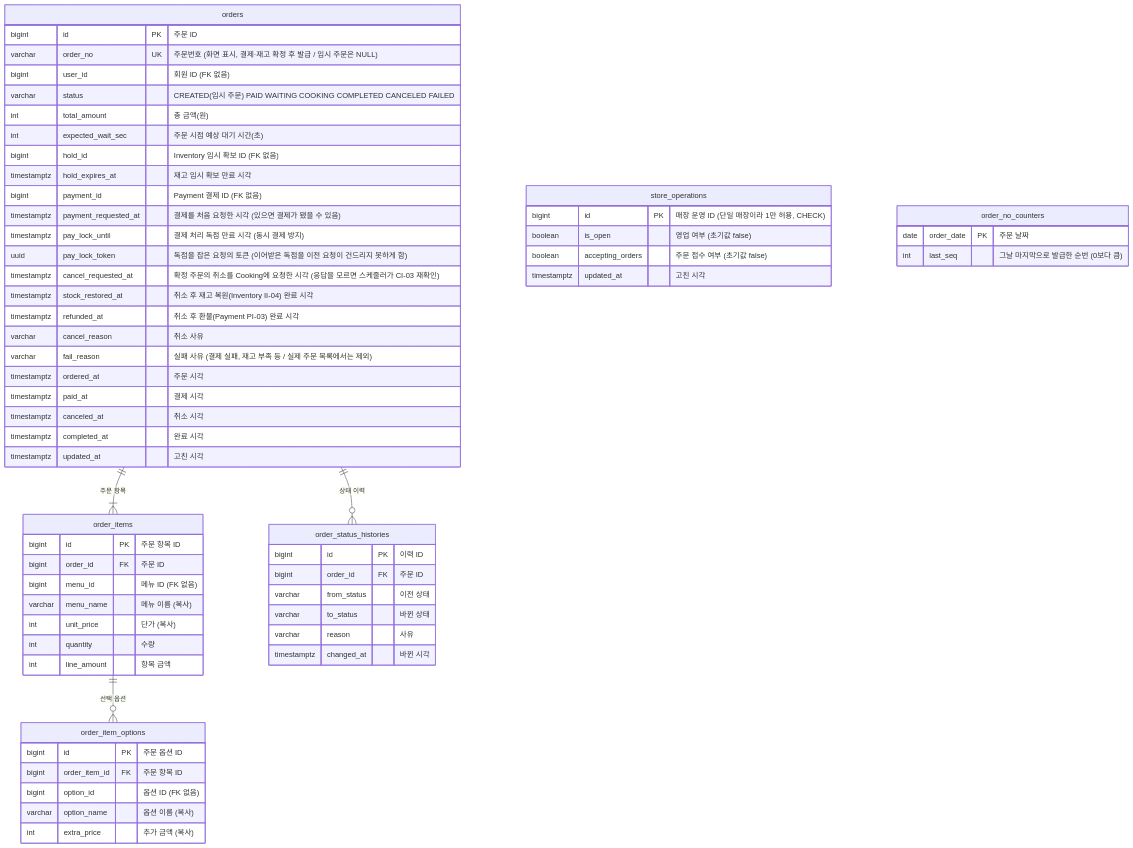
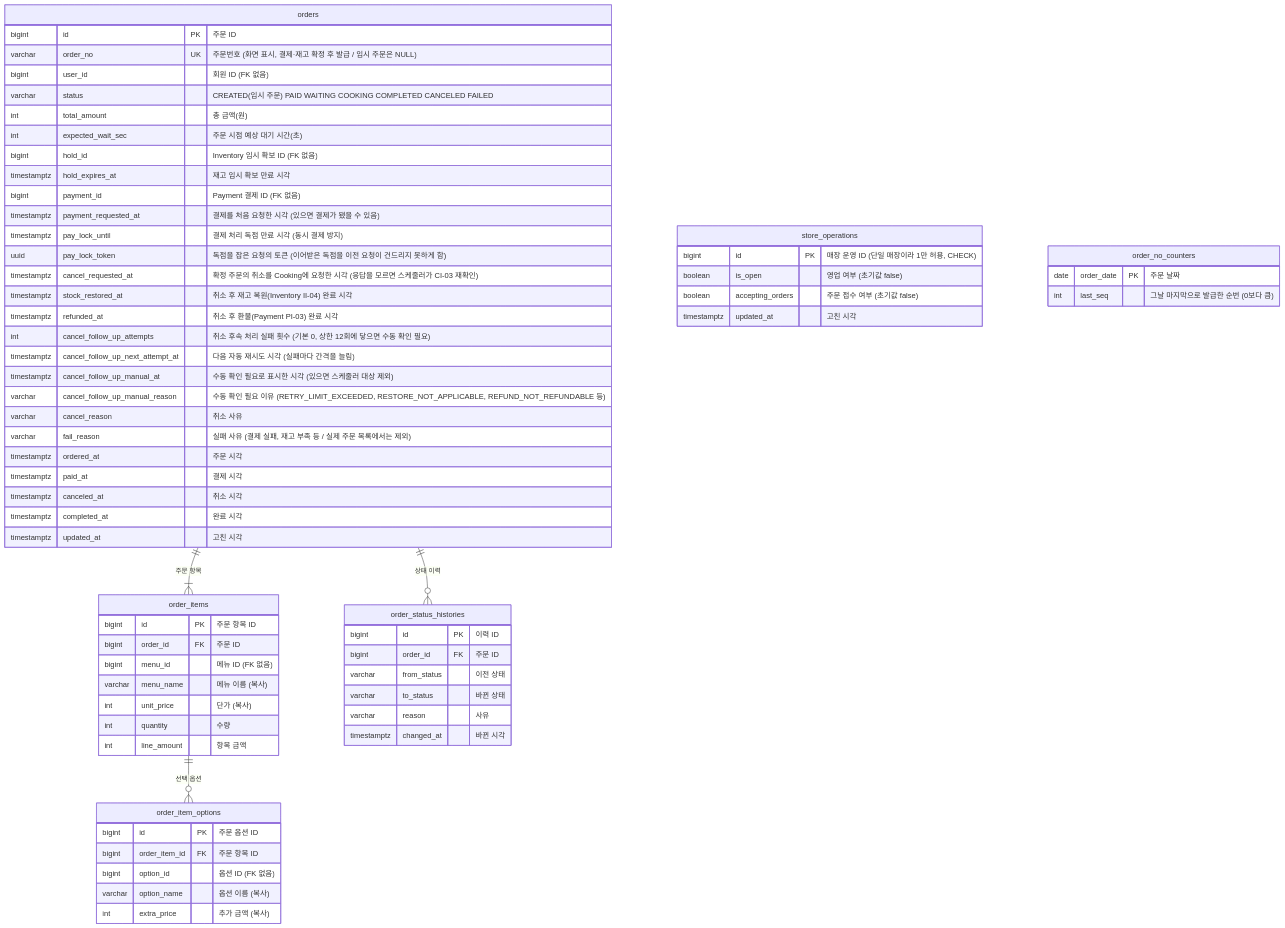
The fourth of 9 diagrams in docs/erd/notion-draft.md (ktcloud-cloudnative-2026/team02-5xx), drawn with Mermaid before and after one commit. The commit also changed other lines of this file and 2 other files, not shown here.

Commit message:
docs: 병합된 Order PR(#125·#130·#140) 구현 내용과 리뷰 결과를 API·ERD·이벤트 초안에 반영 (#131)
OR-04 조리 상태(cooking)와 표시 우선순위, OR-07 불린 입력 계약, 취소 후속 처리 재시도 상한과
알림 조건, V5 컬럼, 관리자 API 노출 정책 리뷰 결과를 반영하고 구현 기준을 main 6167671로 맞춘다.

````diff
--- a/docs/erd/notion-draft.md
+++ b/docs/erd/notion-draft.md
@@ -193,70 +193,74 @@
 ```mermaid
 erDiagram
     orders ||--|{ order_items : "주문 항목"
     order_items ||--o{ order_item_options : "선택 옵션"
     orders ||--o{ order_status_histories : "상태 이력"
 
     orders {
         bigint id PK "주문 ID"
         varchar order_no UK "주문번호 (화면 표시, 결제·재고 확정 후 발급 / 임시 주문은 NULL)"
         bigint user_id "회원 ID (FK 없음)"
         varchar status "CREATED(임시 주문) PAID WAITING COOKING COMPLETED CANCELED FAILED"
         int total_amount "총 금액(원)"
         int expected_wait_sec "주문 시점 예상 대기 시간(초)"
         bigint hold_id "Inventory 임시 확보 ID (FK 없음)"
         timestamptz hold_expires_at "재고 임시 확보 만료 시각"
         bigint payment_id "Payment 결제 ID (FK 없음)"
         timestamptz payment_requested_at "결제를 처음 요청한 시각 (있으면 결제가 됐을 수 있음)"
         timestamptz pay_lock_until "결제 처리 독점 만료 시각 (동시 결제 방지)"
         uuid pay_lock_token "독점을 잡은 요청의 토큰 (이어받은 독점을 이전 요청이 건드리지 못하게 함)"
         timestamptz cancel_requested_at "확정 주문의 취소를 Cooking에 요청한 시각 (응답을 모르면 스케줄러가 CI-03 재확인)"
         timestamptz stock_restored_at "취소 후 재고 복원(Inventory II-04) 완료 시각"
         timestamptz refunded_at "취소 후 환불(Payment PI-03) 완료 시각"
+        int cancel_follow_up_attempts "취소 후속 처리 실패 횟수 (기본 0, 상한 12회에 닿으면 수동 확인 필요)"
+        timestamptz cancel_follow_up_next_attempt_at "다음 자동 재시도 시각 (실패마다 간격을 늘림)"
+        timestamptz cancel_follow_up_manual_at "수동 확인 필요로 표시한 시각 (있으면 스케줄러 대상 제외)"
+        varchar cancel_follow_up_manual_reason "수동 확인 필요 이유 (RETRY_LIMIT_EXCEEDED, RESTORE_NOT_APPLICABLE, REFUND_NOT_REFUNDABLE 등)"
         varchar cancel_reason "취소 사유"
         varchar fail_reason "실패 사유 (결제 실패, 재고 부족 등 / 실제 주문 목록에서는 제외)"
         timestamptz ordered_at "주문 시각"
         timestamptz paid_at "결제 시각"
         timestamptz canceled_at "취소 시각"
         timestamptz completed_at "완료 시각"
         timestamptz updated_at "고친 시각"
     }
 
     order_items {
         bigint id PK "주문 항목 ID"
         bigint order_id FK "주문 ID"
         bigint menu_id "메뉴 ID (FK 없음)"
         varchar menu_name "메뉴 이름 (복사)"
         int unit_price "단가 (복사)"
         int quantity "수량"
         int line_amount "항목 금액"
     }
 
     order_item_options {
         bigint id PK "주문 옵션 ID"
         bigint order_item_id FK "주문 항목 ID"
         bigint option_id "옵션 ID (FK 없음)"
         varchar option_name "옵션 이름 (복사)"
         int extra_price "추가 금액 (복사)"
     }
 
     order_status_histories {
         bigint id PK "이력 ID"
         bigint order_id FK "주문 ID"
         varchar from_status "이전 상태"
         varchar to_status "바뀐 상태"
         varchar reason "사유"
         timestamptz changed_at "바뀐 시각"
     }
 
     store_operations {
         bigint id PK "매장 운영 ID (단일 매장이라 1만 허용, CHECK)"
         boolean is_open "영업 여부 (초기값 false)"
         boolean accepting_orders "주문 접수 여부 (초기값 false)"
         timestamptz updated_at "고친 시각"
     }
 
     order_no_counters {
         date order_date PK "주문 날짜"
         int last_seq "그날 마지막으로 발급한 순번 (0보다 큼)"
     }
 ```
````
